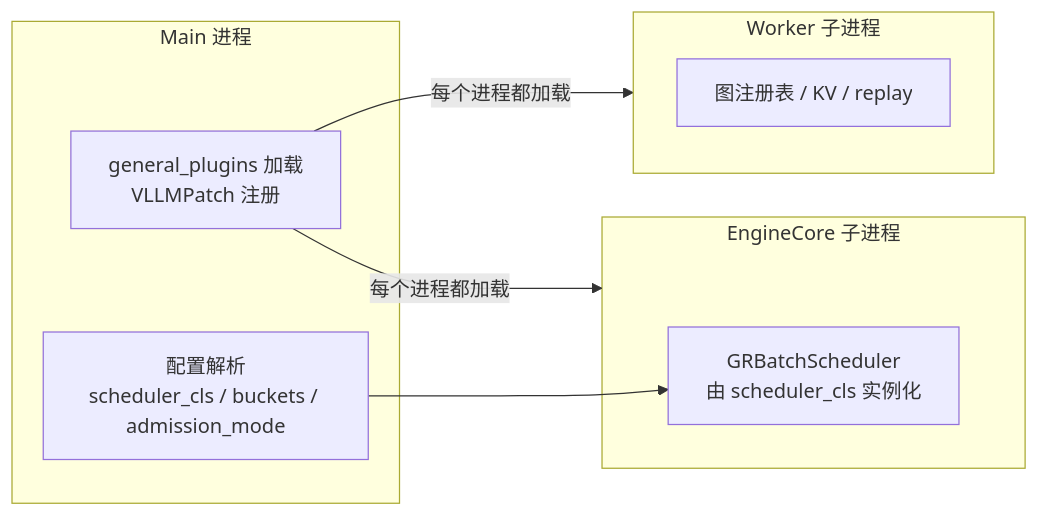
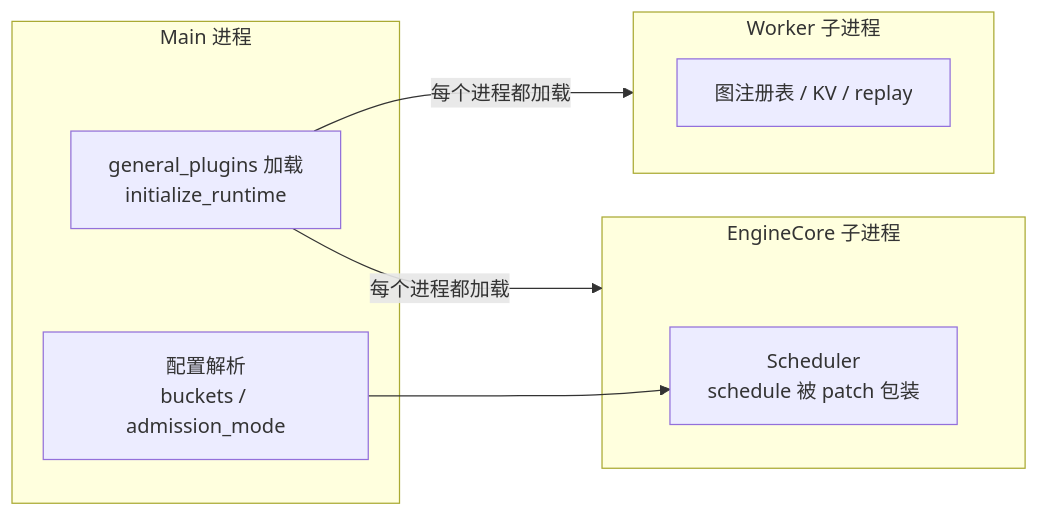
The third of 9 diagrams in scheduler_plugin_architecture.md (ZhiYunpenghuawei/p1), drawn with Mermaid before and after one commit. The commit also changed other lines of this file, not shown here.

````diff
--- a/scheduler_plugin_architecture.md
+++ b/scheduler_plugin_architecture.md
@@ -139,17 +140,17 @@
 ```mermaid
 flowchart LR
     subgraph MAIN["Main 进程"]
-        PLUGIN[general_plugins 加载<br>VLLMPatch 注册]
-        CFG[配置解析<br>scheduler_cls / buckets / admission_mode]
+        PLUGIN[general_plugins 加载<br>initialize_runtime]
+        CFG[配置解析<br>buckets / admission_mode]
     end
     subgraph EC["EngineCore 子进程"]
-        SCH2[GRBatchScheduler<br>由 scheduler_cls 实例化]
+        SCH2[Scheduler<br>schedule 被 patch 包装]
     end
     subgraph WK["Worker 子进程"]
         WR[图注册表 / KV / replay]
     end
 
     PLUGIN -->|每个进程都加载| EC
     PLUGIN -->|每个进程都加载| WK
     CFG --> SCH2
 ```
````
